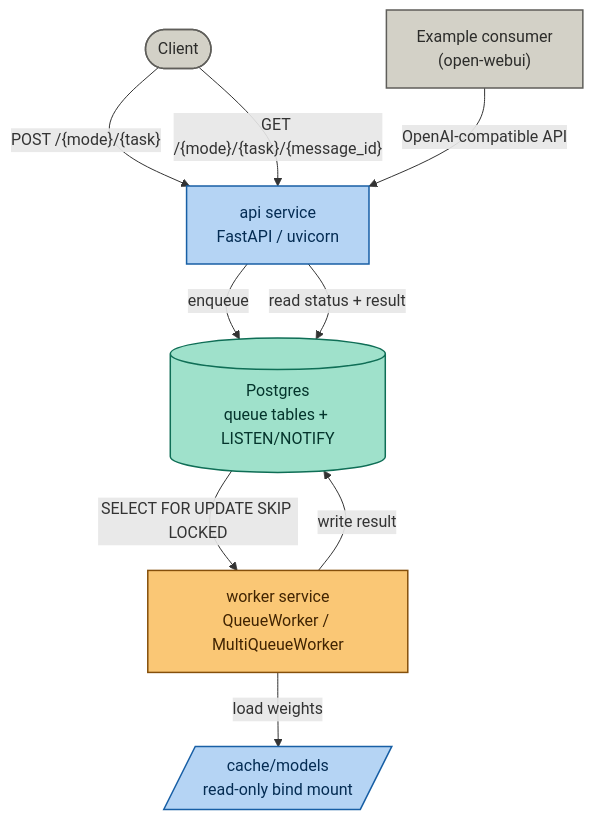
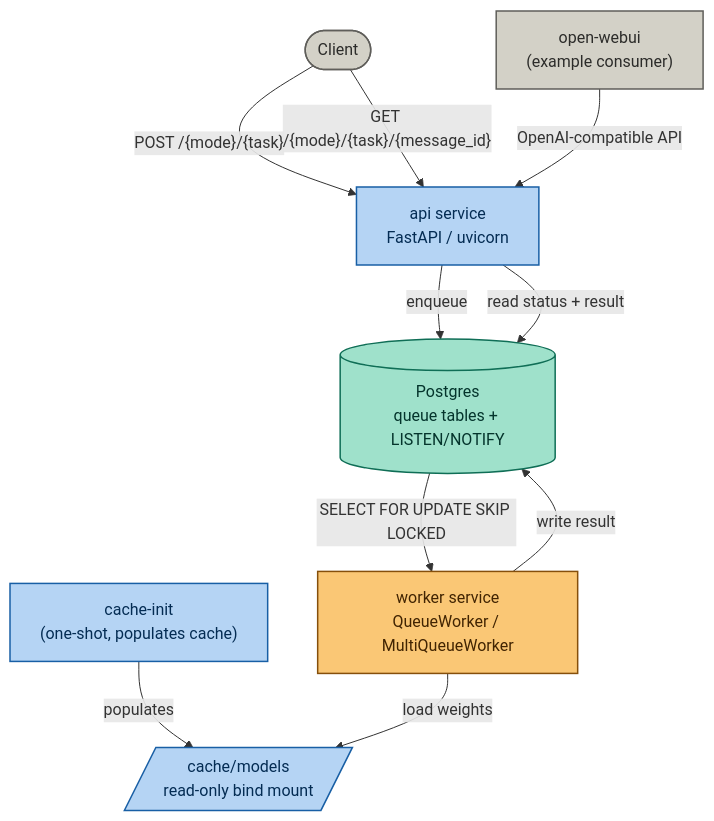
One commit to bayinfosys/marigold changed the first of 2 diagrams in README.md. Above: the diagram before and after it, drawn with Mermaid. The commit also changed other lines of this file and 11 other files, not shown here.

````diff
--- a/README.md
+++ b/README.md
@@ -28,24 +35,26 @@
 ```mermaid
 flowchart TD
     classDef svc fill:#B5D4F4,stroke:#185FA5,color:#042C53,stroke-width:1.5px
     classDef cp  fill:#FAC775,stroke:#854F0B,color:#412402,stroke-width:1.5px
     classDef cli fill:#D3D1C7,stroke:#5F5E5A,color:#2C2C2A,stroke-width:1.5px
     classDef q   fill:#9FE1CB,stroke:#0F6E56,color:#04342C,stroke-width:1.5px
 
     CLI([Client]):::cli
-    WEBUI["Example consumer\n(open-webui)"]:::cli
+    WEBUI["open-webui\n(example consumer)"]:::cli
 
+    INIT["cache-init\n(one-shot, populates cache)"]:::svc
     API["api service\nFastAPI / uvicorn"]:::svc
     PG[("Postgres\nqueue tables + LISTEN/NOTIFY")]:::q
     WRK["worker service\nQueueWorker / MultiQueueWorker"]:::cp
     CACHE[/"cache/models\nread-only bind mount"/]:::svc
 
+    INIT -->|populates| CACHE
     CLI -->|"POST /{mode}/{task}"| API
     WEBUI -->|"OpenAI-compatible API"| API
     API -->|enqueue| PG
     PG -->|"SELECT FOR UPDATE SKIP LOCKED"| WRK
     WRK -->|load weights| CACHE
     WRK -->|write result| PG
     CLI -->|"GET /{mode}/{task}/{message_id}"| API
     API -->|read status + result| PG
 ```
````
